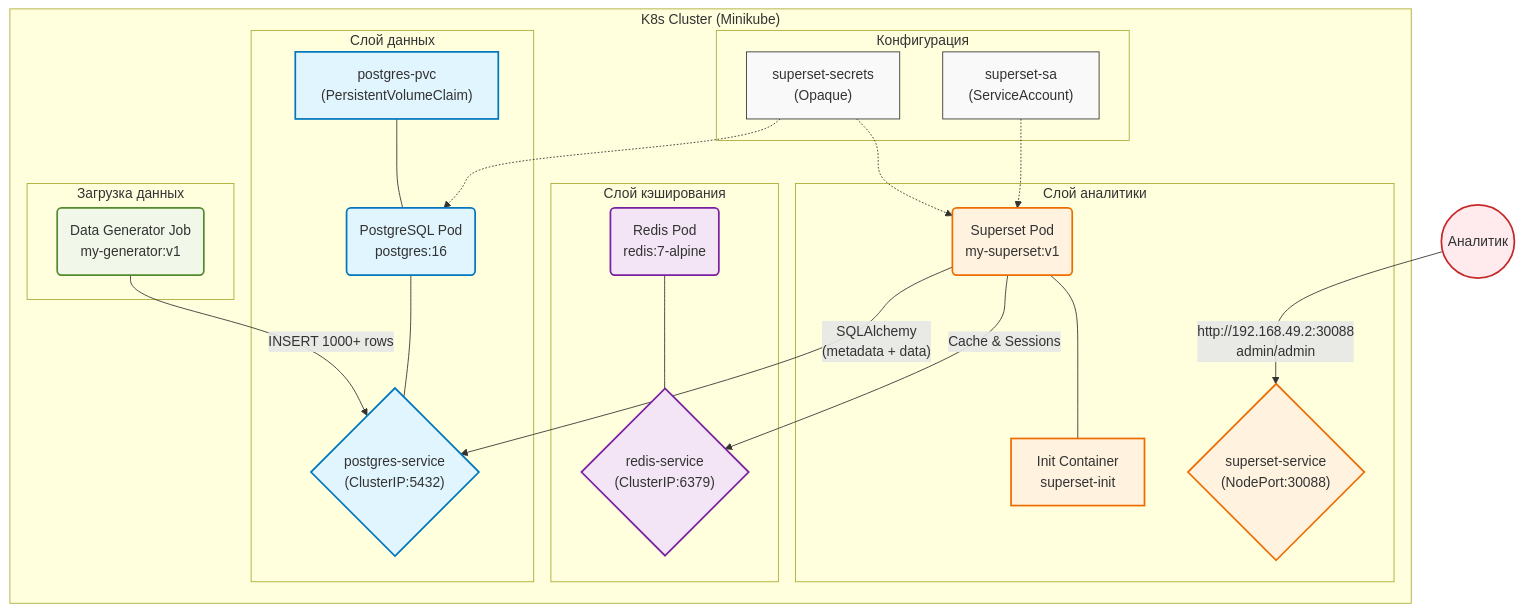
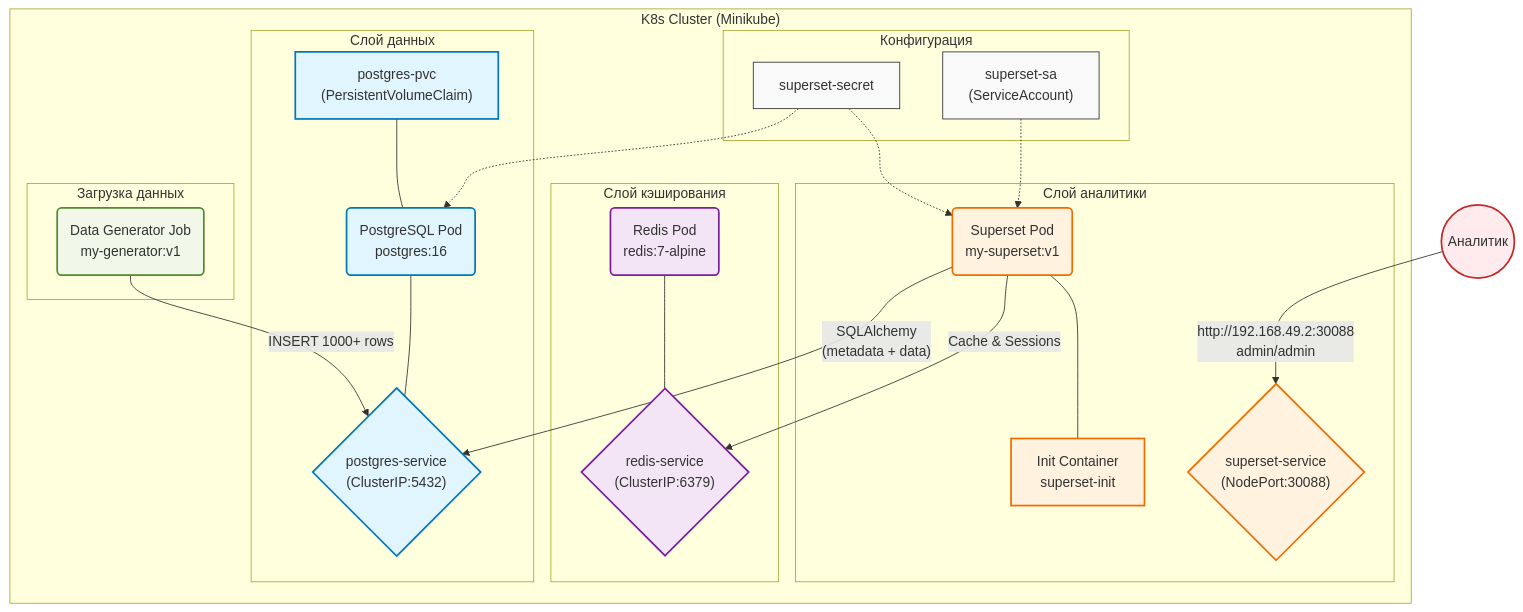
Before and after one commit to AlinaSabitova/Analytics-docker-labs: the diagram in lab3/Lab3.md, drawn with Mermaid.

````diff
--- a/lab3/Lab3.md
+++ b/lab3/Lab3.md
@@ -31,62 +31,62 @@
 ```mermaid
 graph TD
     %% Определение цветов
     classDef config fill:#f9f9f9,stroke:#333,stroke-width:1px;
     classDef db fill:#e1f5fe,stroke:#0277bd,stroke-width:2px;
     classDef app fill:#fff3e0,stroke:#ef6c00,stroke-width:2px;
     classDef batch fill:#f1f8e9,stroke:#558b2f,stroke-width:2px;
     classDef cache fill:#f3e5f5,stroke:#7b1fa2,stroke-width:2px;
     classDef user fill:#ffebee,stroke:#c62828,stroke-width:2px;
 
     subgraph K8s_Cluster ["K8s Cluster (Minikube)"]
         
         subgraph Configs ["Конфигурация"]
-            SEC["superset-secrets\n(Opaque)"]
+            SEC["superset-secret"]
             SA["superset-sa\n(ServiceAccount)"]
         end
 
         subgraph DataLayer ["Слой данных"]
             PVC["postgres-pvc\n(PersistentVolumeClaim)"]
             DB_POD("PostgreSQL Pod\npostgres:16")
             DB_SVC{"postgres-service\n(ClusterIP:5432)"}
         end
 
         subgraph CacheLayer ["Слой кэширования"]
             CACHE_POD("Redis Pod\nredis:7-alpine")
             CACHE_SVC{"redis-service\n(ClusterIP:6379)"}
         end
 
         subgraph Analytics ["Слой аналитики"]
             APP_POD("Superset Pod\nmy-superset:v1")
             APP_SVC{"superset-service\n(NodePort:30088)"}
             INIT["Init Container\nsuperset-init"]
         end
 
         subgraph DataLoader ["Загрузка данных"]
             JOB("Data Generator Job\nmy-generator:v1")
         end
 
         %% Связи
         SEC -.-> DB_POD:::config
         SEC -.-> APP_POD:::config
         SA -.-> APP_POD:::app
         PVC --- DB_POD:::db
         DB_POD --- DB_SVC:::db
         CACHE_POD --- CACHE_SVC:::cache
         
         JOB -->|"INSERT 1000+ rows"| DB_SVC:::batch
         APP_POD -->|"SQLAlchemy\n(metadata + data)"| DB_SVC:::app
         APP_POD -->|"Cache & Sessions"| CACHE_SVC:::app
         APP_POD --- INIT:::app
     end
 
     User(("Аналитик")) -->|"http://192.168.49.2:30088\nadmin/admin"| APP_SVC:::user
 
     %% Применение стилей
     class SEC,SA config;
     class PVC,DB_POD,DB_SVC db;
     class APP_POD,APP_SVC,INIT app;
     class CACHE_POD,CACHE_SVC cache;
     class JOB batch;
     class User user;
 ```
````
